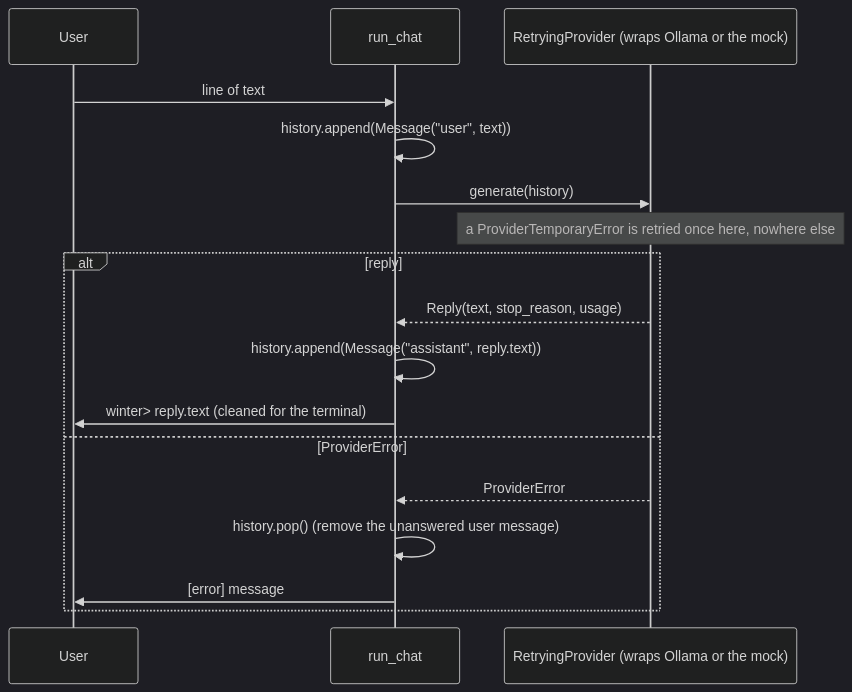
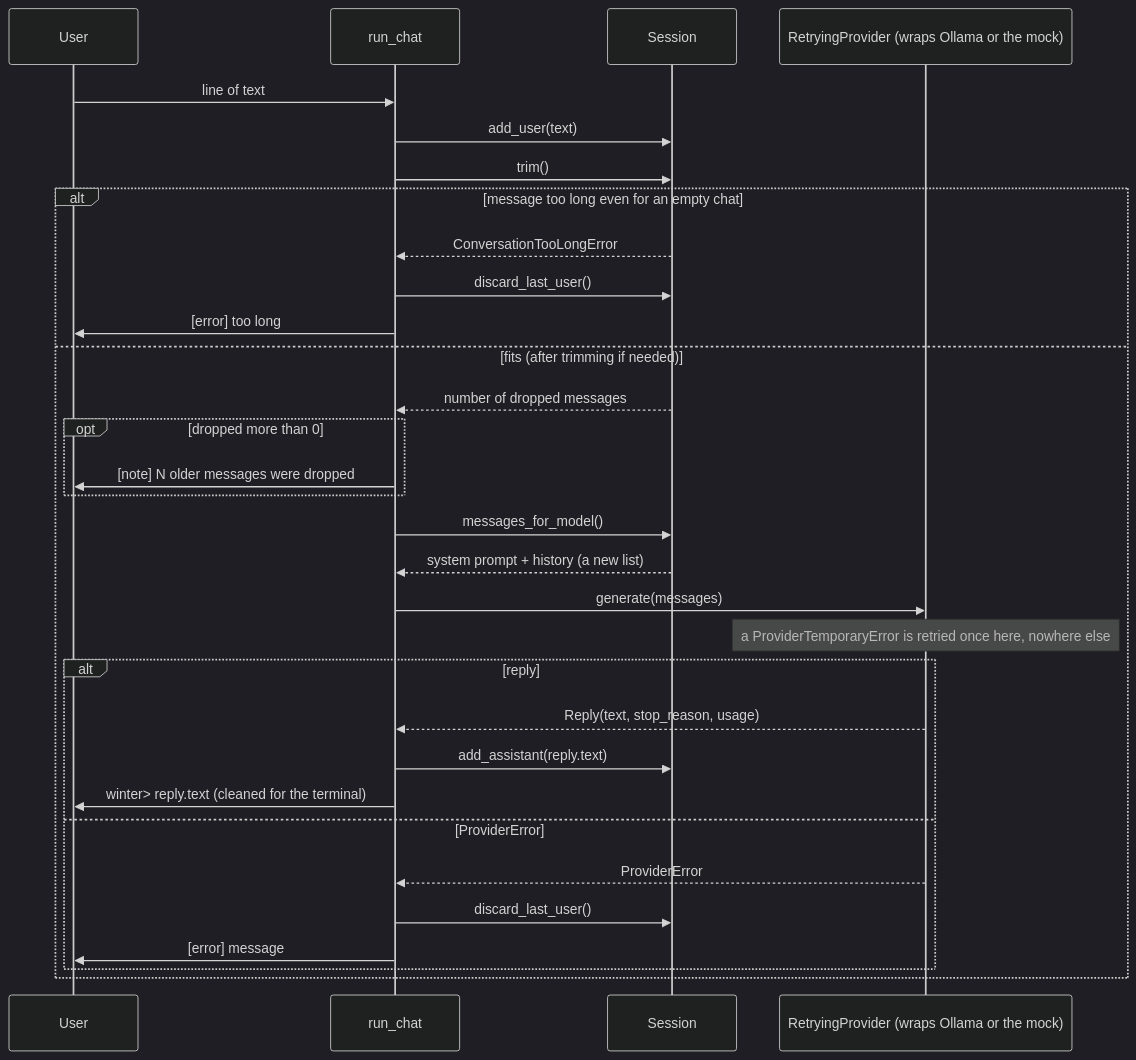
One commit to Sridhar10stlg/W.I.N.T.E.R changed the diagram in docs/design/diagrams/request-flow.md. Above: the diagram before and after it, drawn with Mermaid (dark theme). The commit also changed other lines of this file and 5 other files, not shown here.

Commit message:
docs: mark ADR 0012 implemented; update request flow, trust boundaries, open questions and learning notes

````diff
--- a/docs/design/diagrams/request-flow.md
+++ b/docs/design/diagrams/request-flow.md
@@ -19,19 +20,33 @@
 ```mermaid
 sequenceDiagram
     participant U as User
     participant C as run_chat
+    participant S as Session
     participant P as RetryingProvider (wraps Ollama or the mock)
     U->>C: line of text
-    C->>C: history.append(Message("user", text))
-    C->>P: generate(history)
-    Note over P: a ProviderTemporaryError is retried once here, nowhere else
-    alt reply
-        P-->>C: Reply(text, stop_reason, usage)
-        C->>C: history.append(Message("assistant", reply.text))
-        C->>U: winter> reply.text (cleaned for the terminal)
-    else ProviderError
-        P-->>C: ProviderError
-        C->>C: history.pop() (remove the unanswered user message)
-        C->>U: [error] message
+    C->>S: add_user(text)
+    C->>S: trim()
+    alt message too long even for an empty chat
+        S-->>C: ConversationTooLongError
+        C->>S: discard_last_user()
+        C->>U: [error] too long
+    else fits (after trimming if needed)
+        S-->>C: number of dropped messages
+        opt dropped more than 0
+            C->>U: [note] N older messages were dropped
+        end
+        C->>S: messages_for_model()
+        S-->>C: system prompt + history (a new list)
+        C->>P: generate(messages)
+        Note over P: a ProviderTemporaryError is retried once here, nowhere else
+        alt reply
+            P-->>C: Reply(text, stop_reason, usage)
+            C->>S: add_assistant(reply.text)
+            C->>U: winter> reply.text (cleaned for the terminal)
+        else ProviderError
+            P-->>C: ProviderError
+            C->>S: discard_last_user()
+            C->>U: [error] message
+        end
     end
 ```
````
